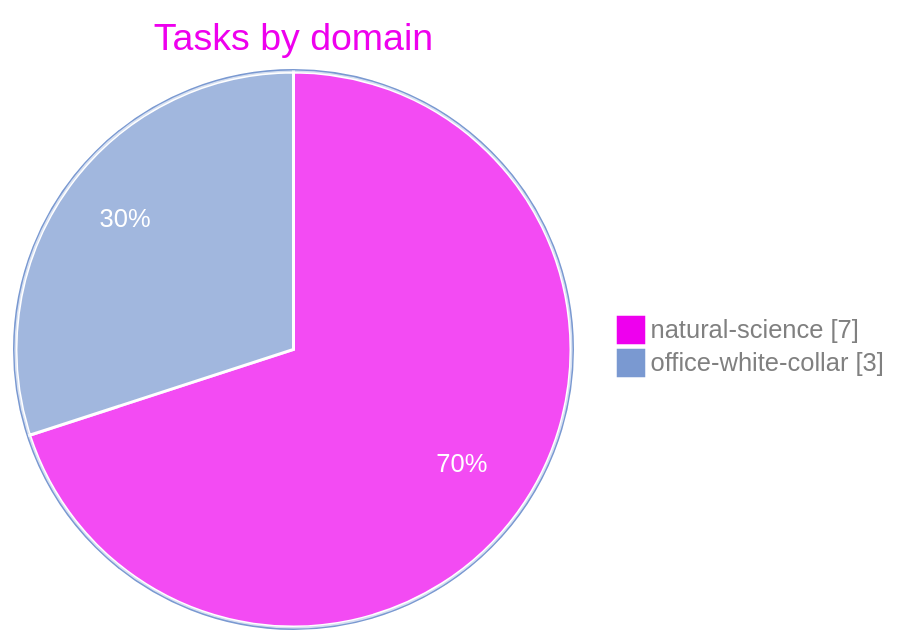
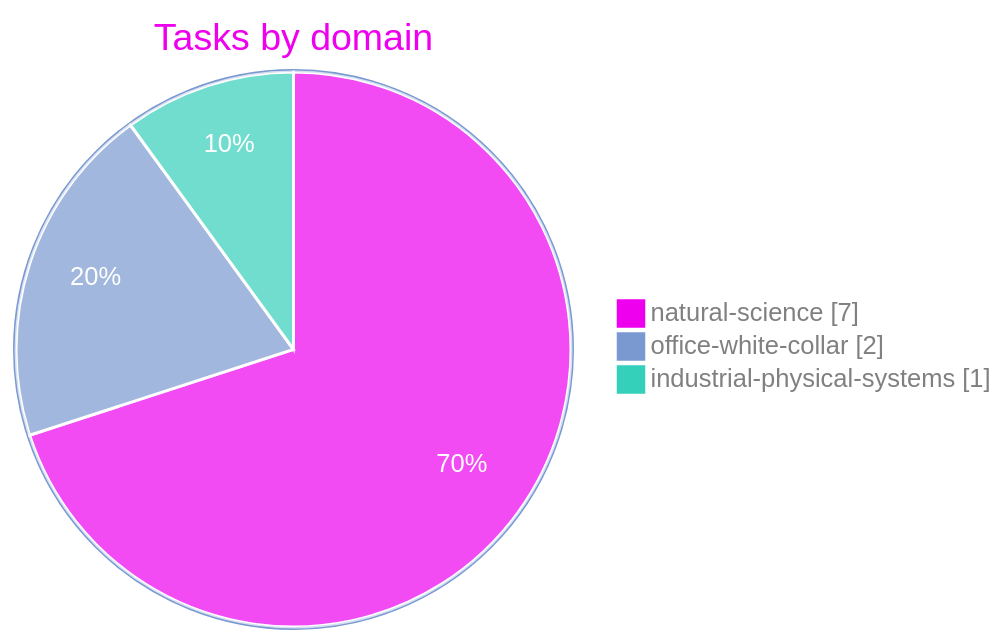
Before and after one commit to EtharaOrion/erza-samples: the first of 2 diagrams in README.md, drawn with Mermaid. The commit also changed other lines of this file and 275 other files, not shown here.

````diff
--- a/README.md
+++ b/README.md
@@ -179,6 +181,7 @@
 ```mermaid
-%%{init: {'theme':'base','themeVariables':{'primaryTextColor':'#ffffff','pieStrokeColor':'#ffffff','pieStrokeWidth':'2px','pieOuterStrokeColor':'#7a99d1','pieTitleTextColor':'#ee00ee','pieSectionTextColor':'#ffffff','pieLegendTextColor':'#808080','pie1':'#ee00ee','pie2':'#7a99d1','fontFamily':'DM Sans, Roboto, Segoe UI, sans-serif'}}}%%
+%%{init: {'theme':'base','themeVariables':{'primaryTextColor':'#ffffff','pieStrokeColor':'#ffffff','pieStrokeWidth':'2px','pieOuterStrokeColor':'#7a99d1','pieTitleTextColor':'#ee00ee','pieSectionTextColor':'#ffffff','pieLegendTextColor':'#808080','pie1':'#ee00ee','pie2':'#7a99d1','pie3':'#35d0ba','fontFamily':'DM Sans, Roboto, Segoe UI, sans-serif'}}}%%
 pie showData title Tasks by domain
   "natural-science" : 7
-  "office-white-collar" : 3
+  "office-white-collar" : 2
+  "industrial-physical-systems" : 1
 ```
````
